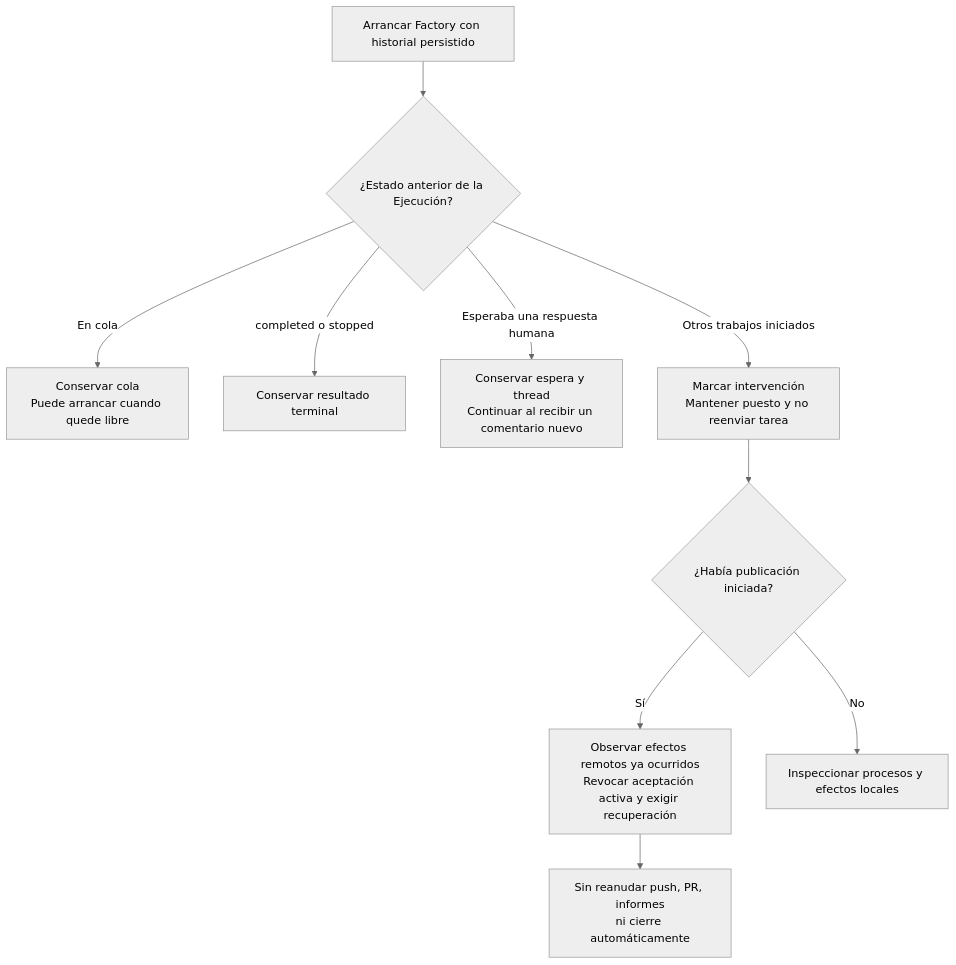
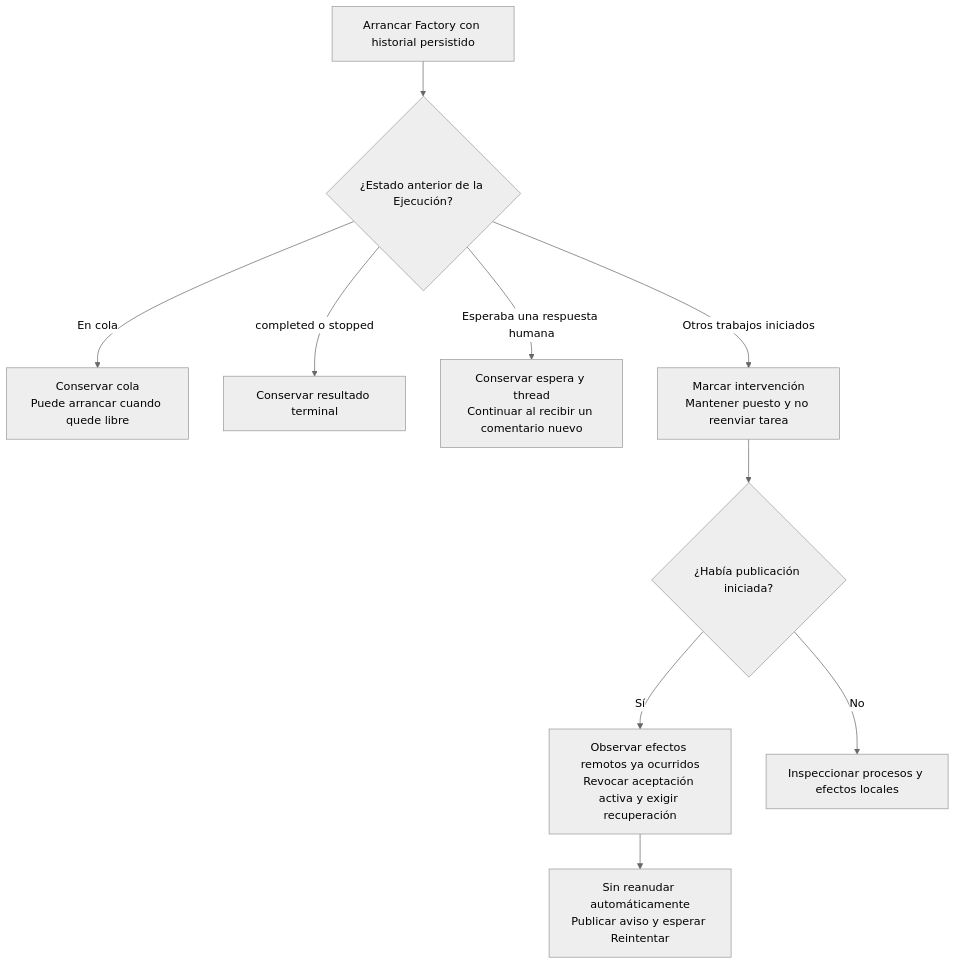
Before and after one commit to rubenbp/app-foundry: the second of 2 diagrams in docs/manual/05-variantes-e-intervencion.md, drawn with Mermaid (neutral theme). The commit also changed other lines of this file and 24 other files, not shown here.

````diff
--- a/docs/manual/05-variantes-e-intervencion.md
+++ b/docs/manual/05-variantes-e-intervencion.md
@@ -89,12 +106,12 @@
 ```mermaid
 flowchart TD
     R["Arrancar Factory con historial persistido"] --> S{"¿Estado anterior de la Ejecución?"}
     S -->|"En cola"| Q["Conservar cola<br/>Puede arrancar cuando quede libre"]
     S -->|"completed o stopped"| T["Conservar resultado terminal"]
     S -->|"Esperaba una respuesta humana"| W["Conservar espera y thread<br/>Continuar al recibir un comentario nuevo"]
     S -->|"Otros trabajos iniciados"| I["Marcar intervención<br/>Mantener puesto y no reenviar tarea"]
     I --> P{"¿Había publicación iniciada?"}
     P -->|"Sí"| O["Observar efectos remotos ya ocurridos<br/>Revocar aceptación activa y exigir recuperación"]
     P -->|"No"| C["Inspeccionar procesos y efectos locales"]
-    O --> H["Sin reanudar push, PR, informes<br/>ni cierre automáticamente"]
+    O --> H["Sin reanudar automáticamente<br/>Publicar aviso y esperar Reintentar"]
 ```
````
